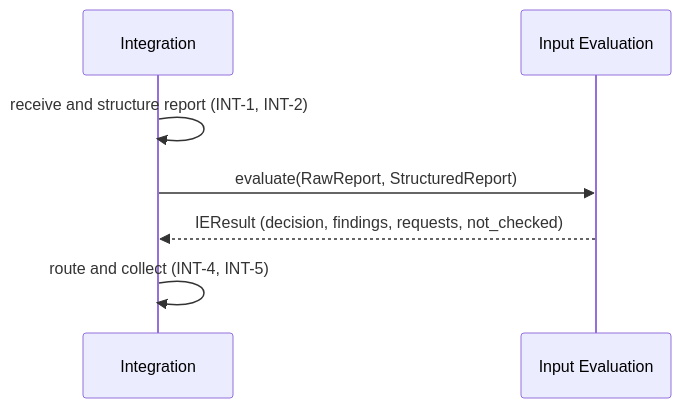
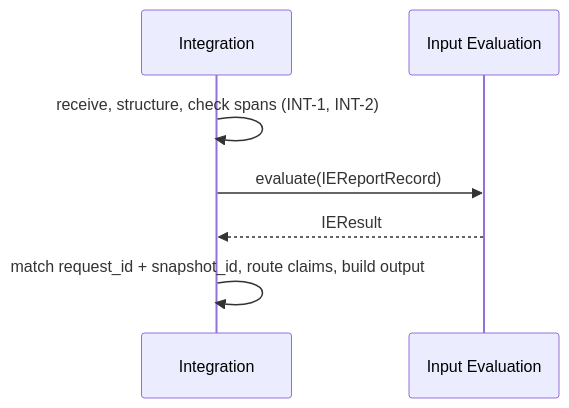
The diagram in documentation/interfaces/input-evaluation-integration.md (invisible-work-initiative/bug-report-evaluator), drawn with Mermaid before and after one commit. The commit also changed other lines of this file and 31 other files, not shown here.

````diff
--- a/documentation/interfaces/input-evaluation-integration.md
+++ b/documentation/interfaces/input-evaluation-integration.md
@@ -40,9 +33,9 @@
 ```mermaid
 sequenceDiagram
     participant I as Integration
     participant E as Input Evaluation
-    I->>I: receive and structure report (INT-1, INT-2)
-    I->>E: evaluate(RawReport, StructuredReport)
-    E-->>I: IEResult (decision, findings, requests, not_checked)
-    I->>I: route and collect (INT-4, INT-5)
+    I->>I: receive, structure, check spans (INT-1, INT-2)
+    I->>E: evaluate(IEReportRecord)
+    E-->>I: IEResult
+    I->>I: match request_id + snapshot_id, route claims, build output
 ```
````
